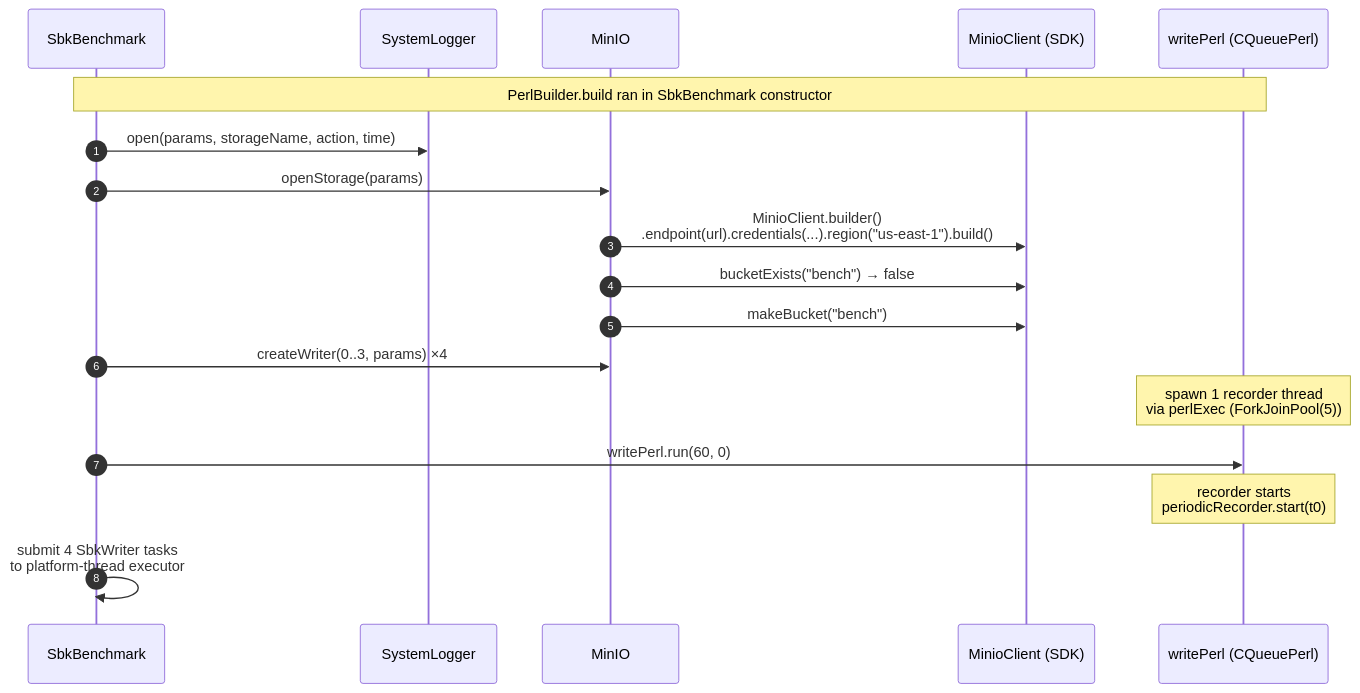
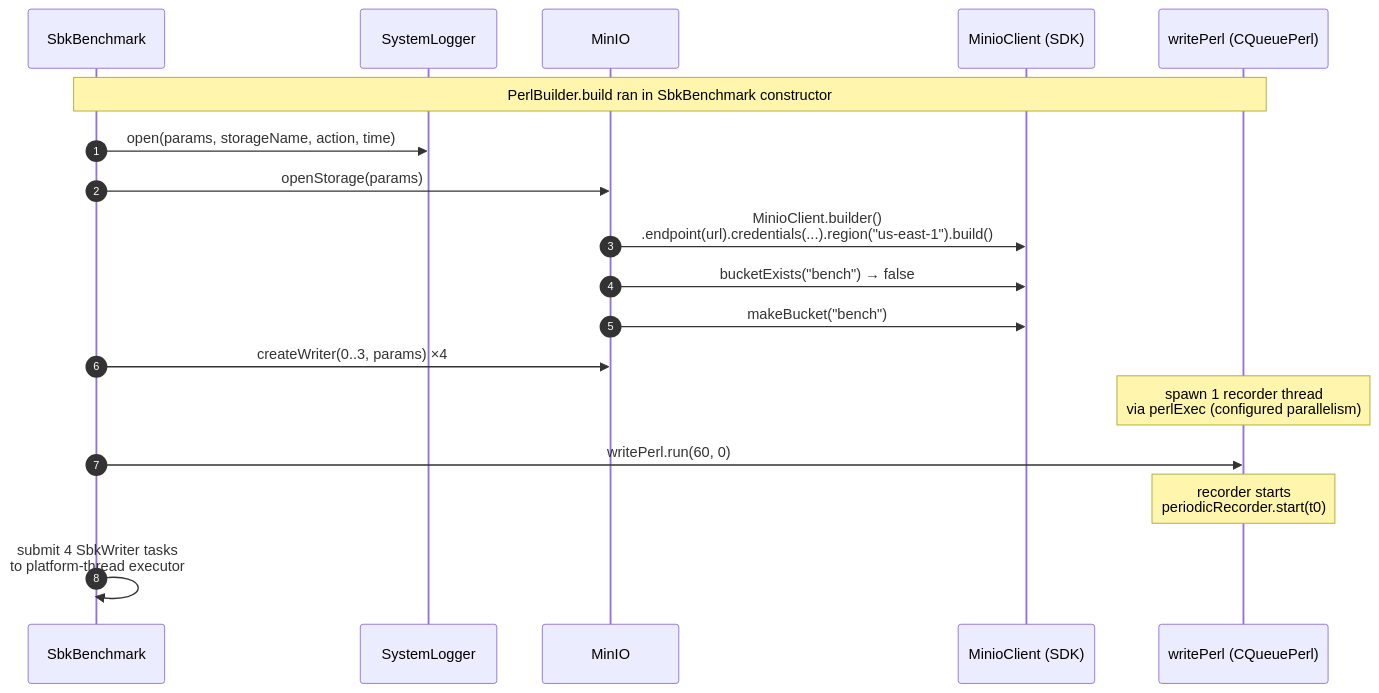
Diagram 37 of 43 in docs/sbk-internals.md (kmgowda/SBK), drawn with Mermaid before and after one commit. The commit also changed other lines of this file and 14 other files, not shown here.

````diff
--- a/docs/sbk-internals.md
+++ b/docs/sbk-internals.md
@@ -2624,21 +2624,21 @@
 ```mermaid
 sequenceDiagram
     autonumber
     participant Bench as SbkBenchmark
     participant Log as SystemLogger
     participant Drv as MinIO
     participant Mc as MinioClient (SDK)
     participant PerlW as writePerl (CQueuePerl)
 
     Note over Bench,PerlW: PerlBuilder.build ran in SbkBenchmark constructor
     Bench->>Log: open(params, storageName, action, time)
     Bench->>Drv: openStorage(params)
     Drv->>Mc: MinioClient.builder()<br/>.endpoint(url).credentials(...).region("us-east-1").build()
     Drv->>Mc: bucketExists("bench") → false
     Drv->>Mc: makeBucket("bench")
     Bench->>Drv: createWriter(0..3, params)  ×4
-    Note over PerlW: spawn 1 recorder thread<br/>via perlExec (ForkJoinPool(5))
+    Note over PerlW: spawn 1 recorder thread<br/>via perlExec (configured parallelism)
     Bench->>PerlW: writePerl.run(60, 0)
     Note over PerlW: recorder starts<br/>periodicRecorder.start(t0)
     Bench->>Bench: submit 4 SbkWriter tasks<br/>to platform-thread executor
 ```
````
